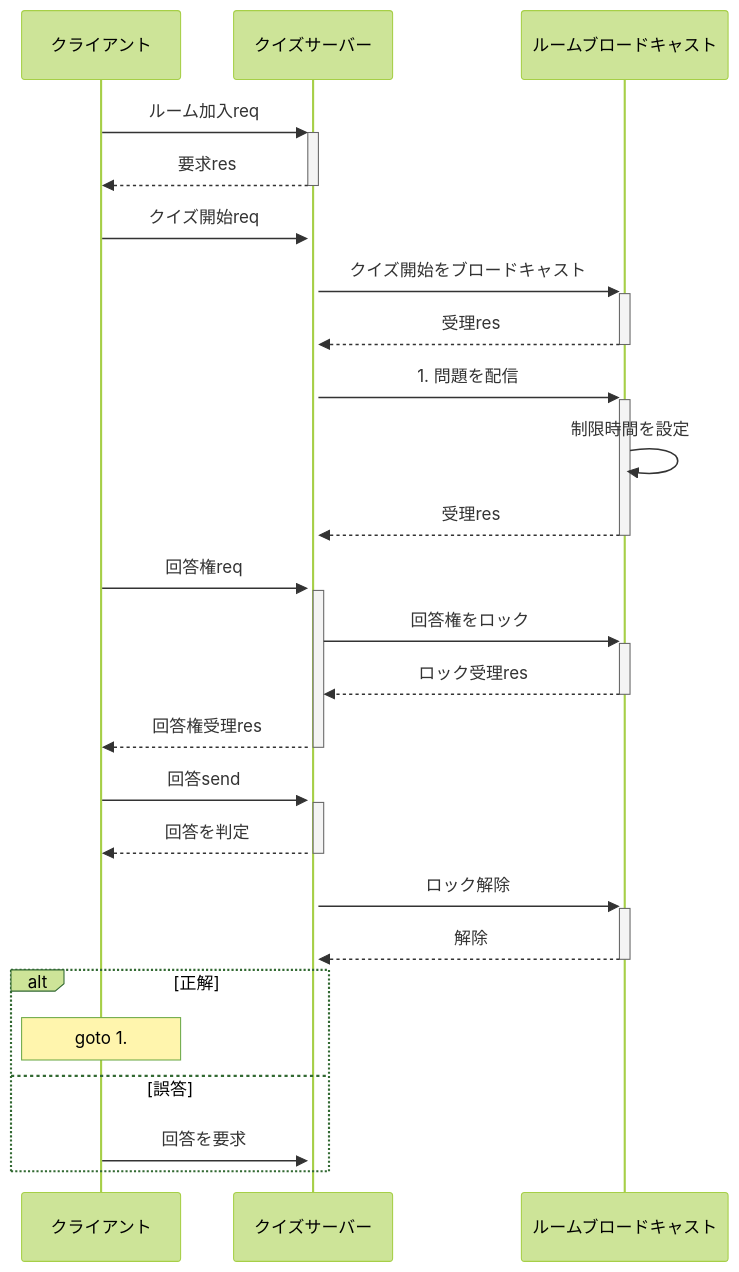
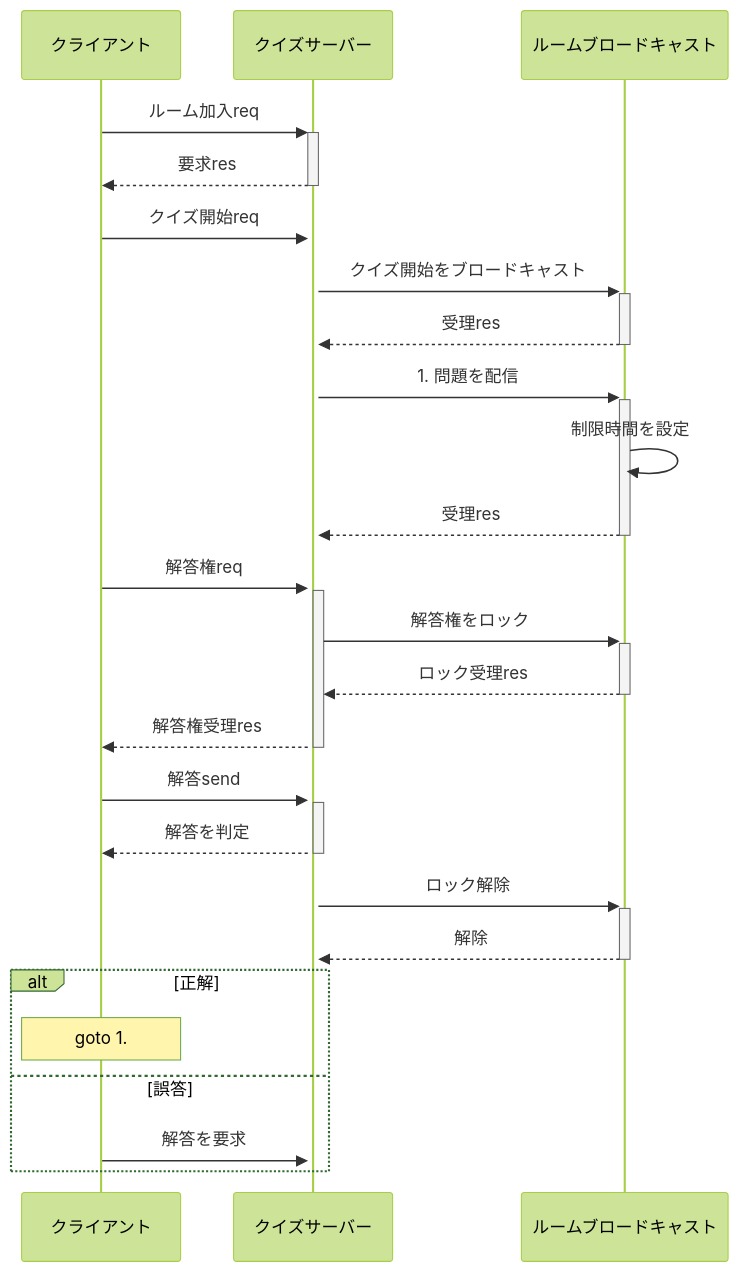
The first of 2 diagrams in documents/quiz-server.md (jyogi-web/rustknock), drawn with Mermaid (forest theme) before and after one commit. The commit also changed other lines of this file and 1 other file, not shown here.

````diff
--- a/documents/quiz-server.md
+++ b/documents/quiz-server.md
@@ -3,28 +3,28 @@
 ```mermaid
 sequenceDiagram
     participant cl as クライアント
     participant sv as クイズサーバー
     participant bl as ルームブロードキャスト
 
     cl ->>+ sv : ルーム加入req
     sv -->>- cl : 要求res
     cl ->>+ sv : クイズ開始req
     sv ->>+ bl : クイズ開始をブロードキャスト
     bl -->>- sv : 受理res
     sv ->>+ bl : 1. 問題を配信
     bl ->> bl : 制限時間を設定
     bl -->>- sv : 受理res
-    cl ->>+ sv : 回答権req
-    sv ->>+ bl : 回答権をロック
+    cl ->>+ sv : 解答権req
+    sv ->>+ bl : 解答権をロック
     bl -->>- sv : ロック受理res
-    sv -->>- cl : 回答権受理res
-    cl ->>+ sv : 回答send
-    sv -->>- cl : 回答を判定
+    sv -->>- cl : 解答権受理res
+    cl ->>+ sv : 解答send
+    sv -->>- cl : 解答を判定
     sv ->>+ bl : ロック解除
     bl -->>- sv : 解除
     alt 正解 
         Note over cl : goto 1.
     else 誤答
-        cl ->> sv : 回答を要求
+        cl ->> sv : 解答を要求
     end
 ```
````
